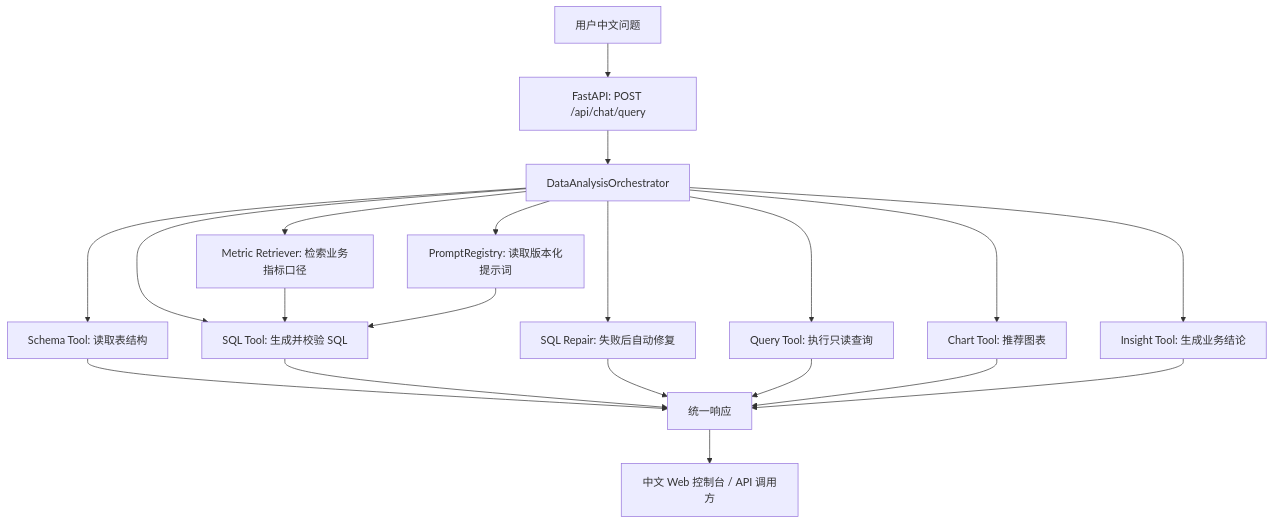
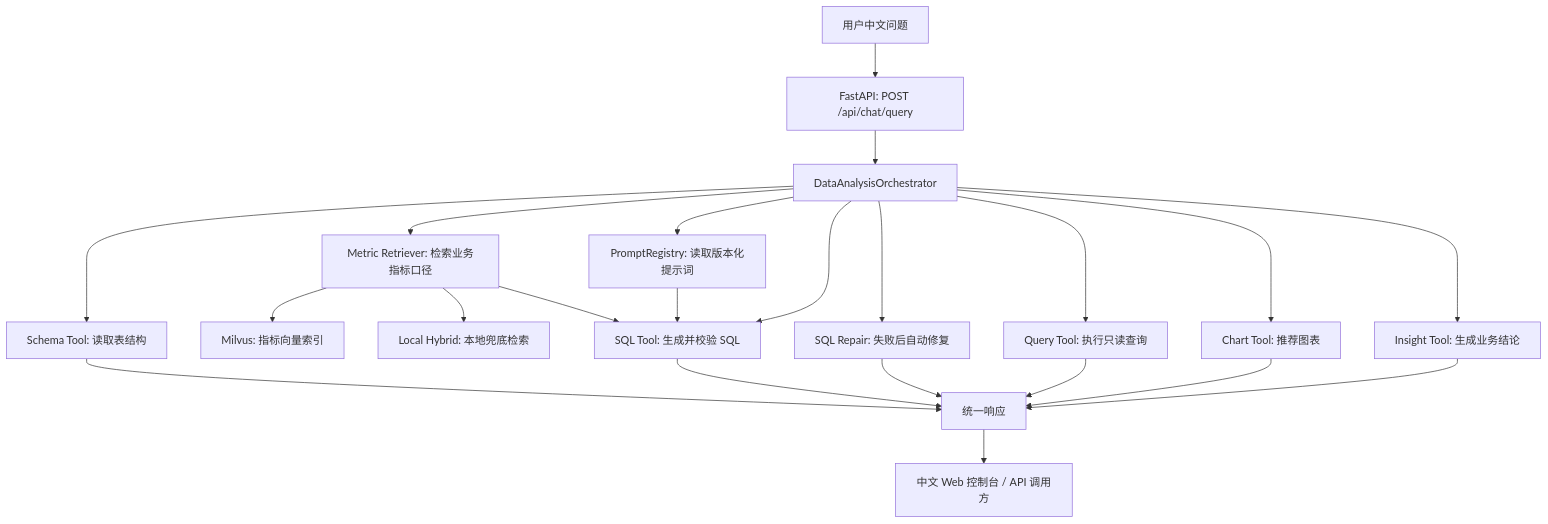
One commit to chenpan979/DataWhisperer changed the diagram in README.md. Above: the diagram before and after it, drawn with Mermaid. The commit also changed other lines of this file and 13 other files, not shown here.

````diff
--- a/README.md
+++ b/README.md
@@ -47,22 +51,24 @@
 ```mermaid
 flowchart TD
     U["用户中文问题"] --> API["FastAPI: POST /api/chat/query"]
     API --> O["DataAnalysisOrchestrator"]
     O --> S["Schema Tool: 读取表结构"]
     O --> M["Metric Retriever: 检索业务指标口径"]
+    M --> VDB["Milvus: 指标向量索引"]
+    M --> LOCAL["Local Hybrid: 本地兜底检索"]
     O --> P["PromptRegistry: 读取版本化提示词"]
     O --> SQL["SQL Tool: 生成并校验 SQL"]
     O --> RPAIR["SQL Repair: 失败后自动修复"]
     O --> Q["Query Tool: 执行只读查询"]
     O --> C["Chart Tool: 推荐图表"]
     O --> I["Insight Tool: 生成业务结论"]
     S --> R["统一响应"]
     M --> SQL
     P --> SQL
     SQL --> R
     RPAIR --> R
     Q --> R
     C --> R
     I --> R
     R --> UI["中文 Web 控制台 / API 调用方"]
 ```
````
